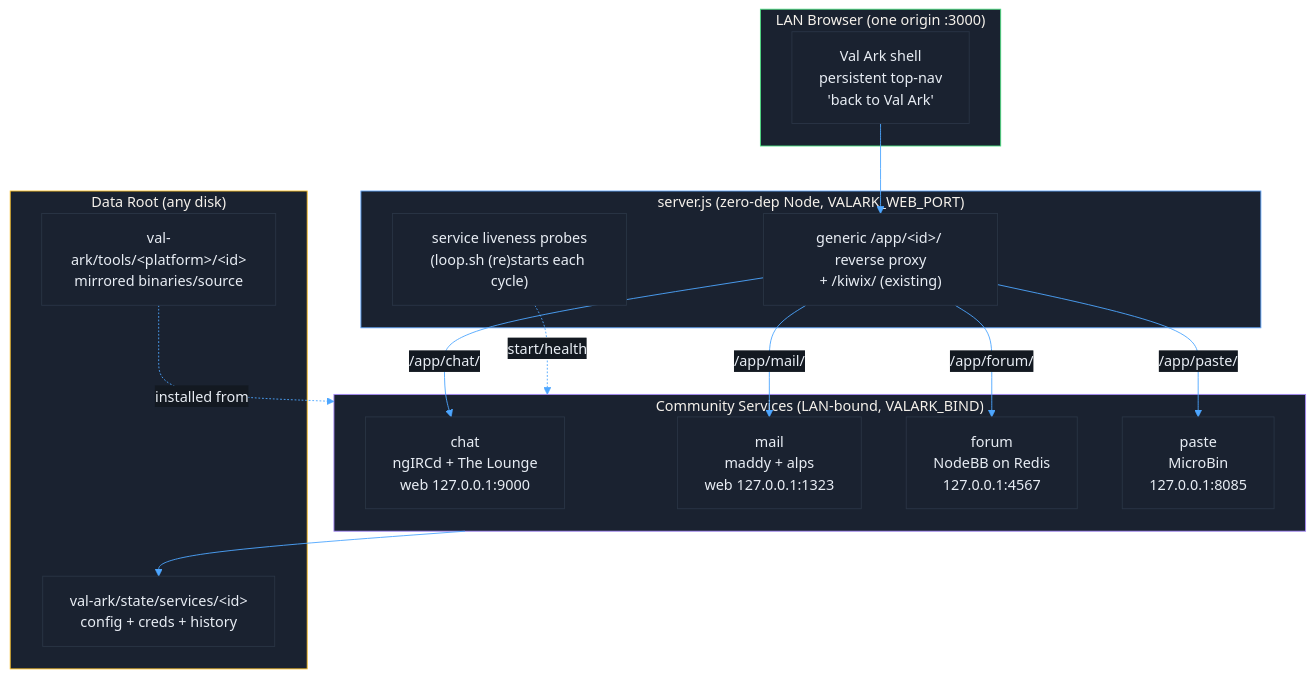
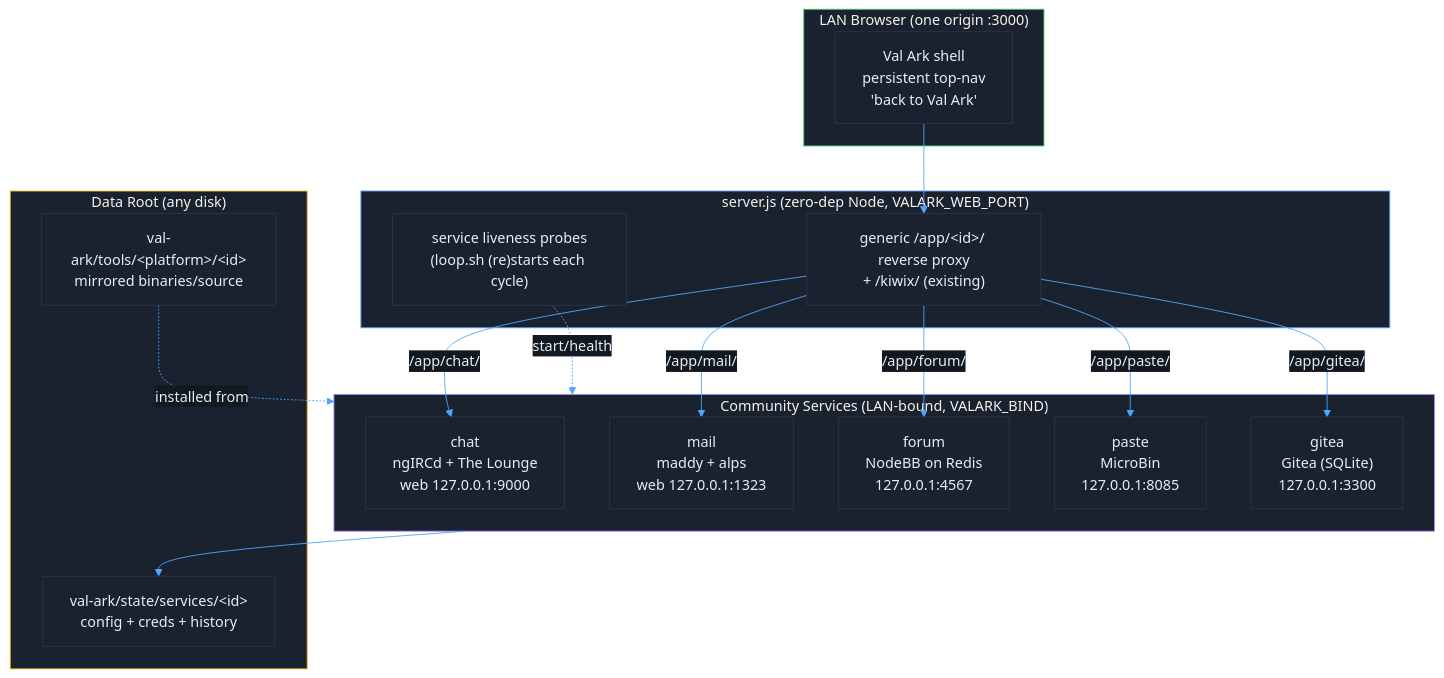
Before and after one commit to mvalancy/val-ark: the diagram in docs/COMMUNITY.md, drawn with Mermaid. The commit also changed other lines of this file and 50 other files, not shown here.

````diff
--- a/docs/COMMUNITY.md
+++ b/docs/COMMUNITY.md
@@ -59,44 +60,46 @@
 ```mermaid
 %%{init: {'theme': 'base', 'themeVariables': {
   'primaryColor': '#1a2230',
   'primaryBorderColor': '#2a3545',
   'primaryTextColor': '#e8edf4',
   'lineColor': '#4da6ff',
   'secondaryColor': '#131921',
   'tertiaryColor': '#0a0e14'
 }}}%%
 graph TB
     subgraph Browser["LAN Browser (one origin :3000)"]
         style Browser fill:#1a2230,stroke:#4ade80
         SHELL["Val Ark shell<br/>persistent top-nav<br/>'back to Val Ark'"]
     end
 
     subgraph WebServer["server.js (zero-dep Node, VALARK_WEB_PORT)"]
         style WebServer fill:#1a2230,stroke:#60a5fa
         PROXY["generic /app/&lt;id&gt;/ reverse proxy<br/>+ /kiwix/ (existing)"]
         SUP["service liveness probes<br/>(loop.sh (re)starts each cycle)"]
     end
 
     subgraph Services["Community Services (LAN-bound, VALARK_BIND)"]
         style Services fill:#1a2230,stroke:#a78bfa
         CHAT["chat<br/>ngIRCd + The Lounge<br/>web 127.0.0.1:9000"]
         MAIL["mail<br/>maddy + alps<br/>web 127.0.0.1:1323"]
         FORUM["forum<br/>NodeBB on Redis<br/>127.0.0.1:4567"]
         PASTE["paste<br/>MicroBin<br/>127.0.0.1:8085"]
+        GITEA["gitea<br/>Gitea (SQLite)<br/>127.0.0.1:3300"]
     end
 
     subgraph Storage["Data Root (any disk)"]
         style Storage fill:#1a2230,stroke:#fbbf24
         STATE["val-ark/state/services/&lt;id&gt;<br/>config + creds + history"]
         TOOLS["val-ark/tools/&lt;platform&gt;/&lt;id&gt;<br/>mirrored binaries/source"]
     end
 
     SHELL --> PROXY
     PROXY -->|/app/chat/| CHAT
     PROXY -->|/app/mail/| MAIL
     PROXY -->|/app/forum/| FORUM
     PROXY -->|/app/paste/| PASTE
+    PROXY -->|/app/gitea/| GITEA
     SUP -.->|start/health| Services
     Services --> STATE
     TOOLS -.->|installed from| Services
 ```
````
